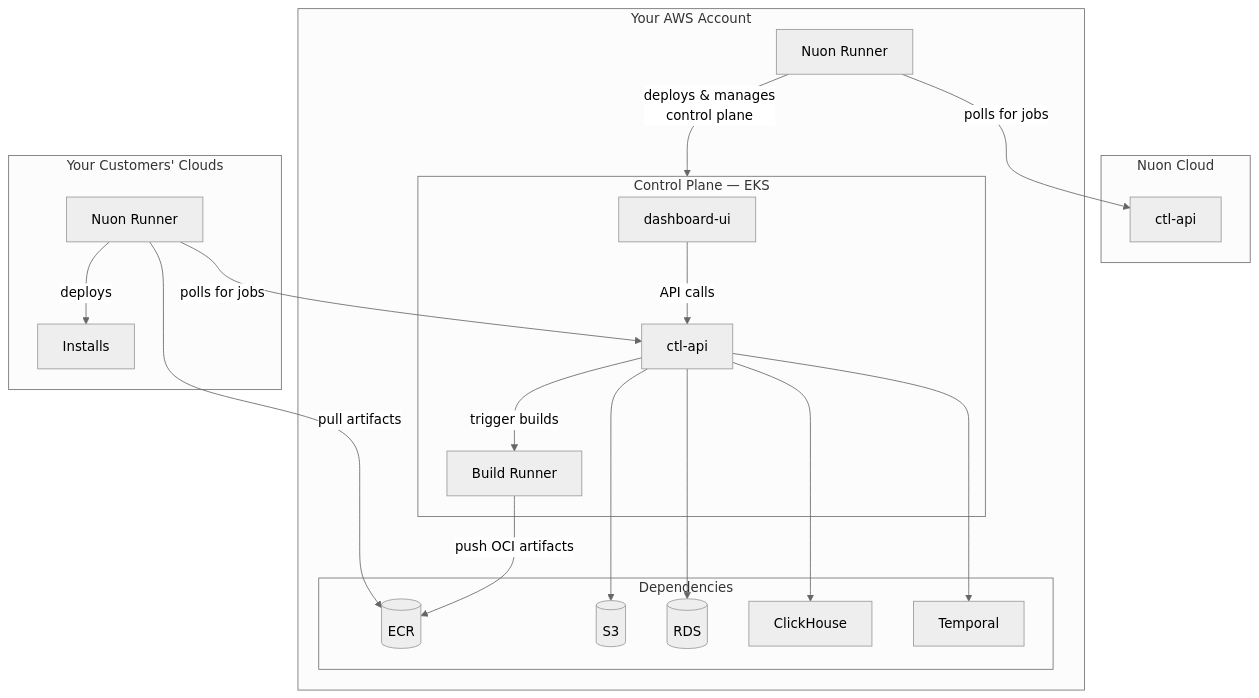
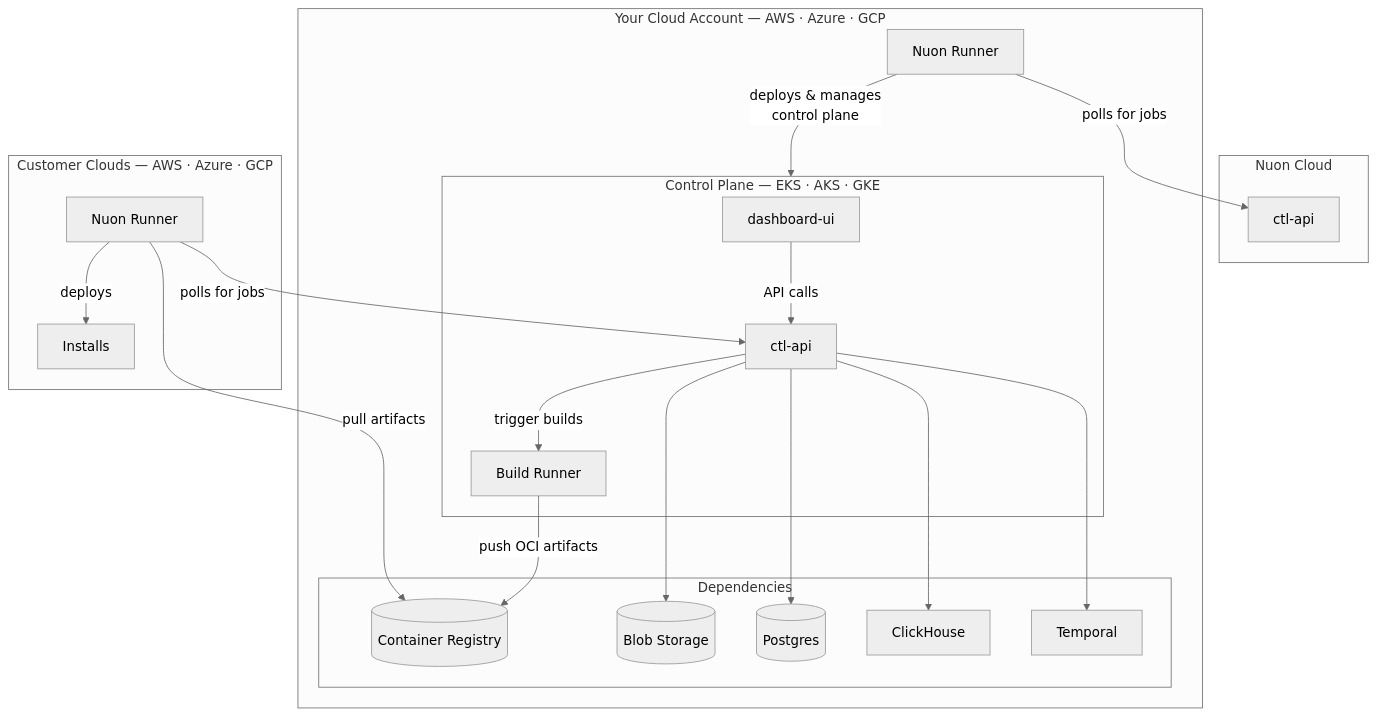
The diagram in docs/guides/byoc.mdx (nuonco/nuon), drawn with Mermaid (neutral theme) before and after one commit. The commit also changed other lines of this file and 6 other files, not shown here.

````diff
--- a/docs/guides/byoc.mdx
+++ b/docs/guides/byoc.mdx
@@ -21,44 +18,44 @@
 ```mermaid
 flowchart TD
     subgraph NuonCloud["Nuon Cloud"]
         NC_CTL["ctl-api"]
     end
 
-    subgraph CustomerAWS["Your AWS Account"]
+    subgraph YourCloud["Your Cloud Account — AWS · Azure · GCP"]
         NR["Nuon Runner"]
 
-        subgraph CP["Control Plane — EKS"]
+        subgraph CP["Control Plane — EKS · AKS · GKE"]
             DASH["dashboard-ui"]
             CTL["ctl-api"]
             BR["Build Runner"]
         end
 
         subgraph Deps["Dependencies"]
             TMP["Temporal"]
             CH["ClickHouse"]
-            RDS[("RDS")]
-            ECR[("ECR")]
-            S3[("S3")]
+            DB[("Postgres")]
+            REG[("Container Registry")]
+            BLOB[("Blob Storage")]
         end
     end
 
-    subgraph EndCustomers["Your Customers' Clouds"]
+    subgraph EndCustomers["Customer Clouds — AWS · Azure · GCP"]
         R["Nuon Runner"]
         I["Installs"]
     end
 
     NR -->|"polls for jobs"| NC_CTL
     NR -->|"deploys & manages\ncontrol plane"| CP
 
     DASH -->|"API calls"| CTL
     CTL --> TMP
     CTL --> CH
-    CTL --> RDS
-    CTL --> S3
+    CTL --> DB
+    CTL --> BLOB
     CTL -->|"trigger builds"| BR
-    BR -->|"push OCI artifacts"| ECR
+    BR -->|"push OCI artifacts"| REG
 
     R -->|"polls for jobs"| CTL
-    R -->|"pull artifacts"| ECR
+    R -->|"pull artifacts"| REG
     R -->|"deploys"| I
 ```
````
